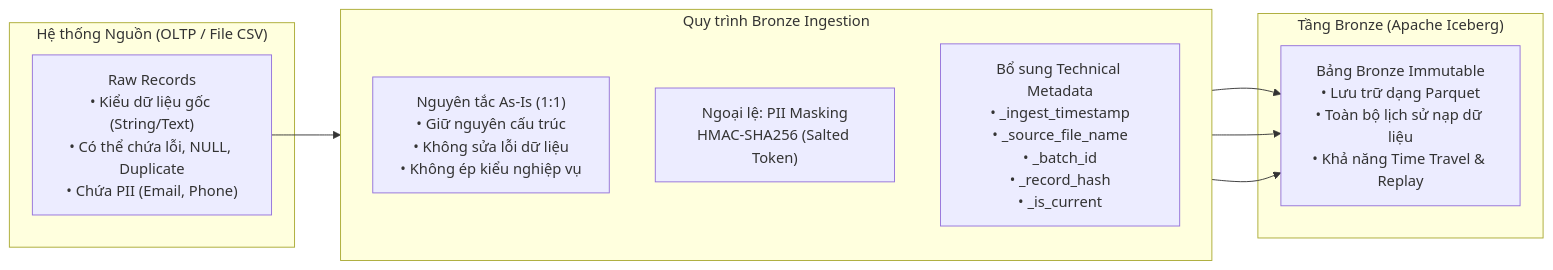
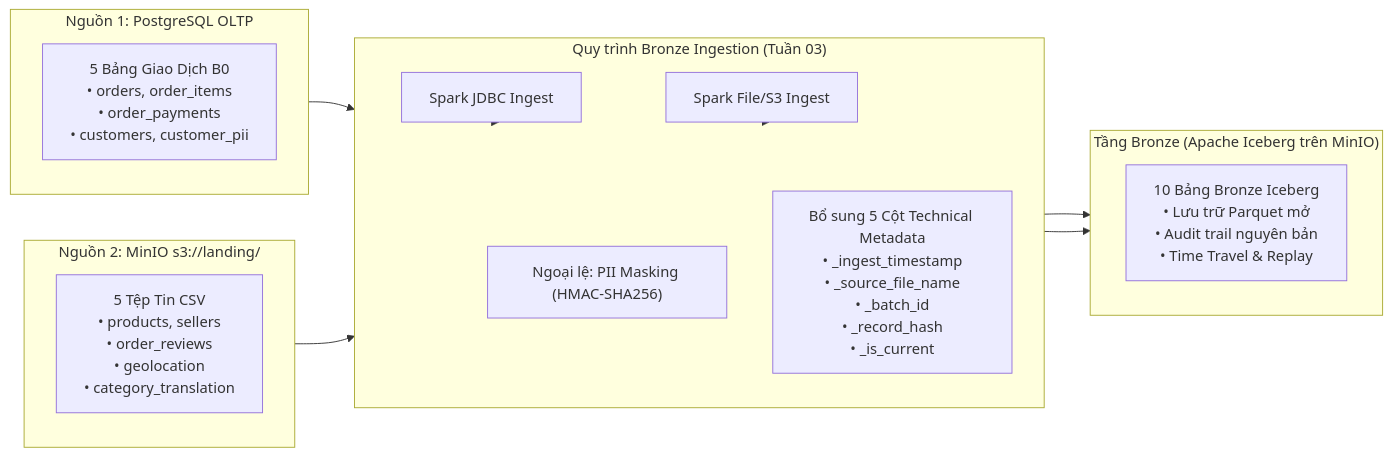
Before and after one commit to vuanhtu1993/olist-lakehouse: the first of 4 diagrams in plan/2026-10-26-week02-bronze-theory-lab-m1.md, drawn with Mermaid. The commit also changed other lines of this file and 4 other files, not shown here.

Commit message:
feat(infra): enforce enterprise multi-source boundary (5 postgres tables + 5 minio landing csvs)

````diff
--- a/plan/2026-10-26-week02-bronze-theory-lab-m1.md
+++ b/plan/2026-10-26-week02-bronze-theory-lab-m1.md
@@ -23,22 +26,29 @@
 ```mermaid
 flowchart LR
-    subgraph SourceSystem ["Hệ thống Nguồn (OLTP / File CSV)"]
-        SRC["Raw Records<br/>• Kiểu dữ liệu gốc (String/Text)<br/>• Có thể chứa lỗi, NULL, Duplicate<br/>• Chứa PII (Email, Phone)"]
+    subgraph Source1 ["Nguồn 1: PostgreSQL OLTP"]
+        direction TB
+        PG["5 Bảng Giao Dịch B0<br/>• orders, order_items<br/>• order_payments<br/>• customers, customer_pii"]
     end
 
-    subgraph BronzeIngest ["Quy trình Bronze Ingestion"]
+    subgraph Source2 ["Nguồn 2: MinIO s3://landing/"]
         direction TB
-        ASIS["Nguyên tắc As-Is (1:1)<br/>• Giữ nguyên cấu trúc<br/>• Không sửa lỗi dữ liệu<br/>• Không ép kiểu nghiệp vụ"]
-        PII["Ngoại lệ: PII Masking<br/>HMAC-SHA256 (Salted Token)"]
-        META["Bổ sung Technical Metadata<br/>• _ingest_timestamp<br/>• _source_file_name<br/>• _batch_id<br/>• _record_hash<br/>• _is_current"]
+        CSV["5 Tệp Tin CSV<br/>• products, sellers<br/>• order_reviews<br/>• geolocation<br/>• category_translation"]
     end
 
-    subgraph BronzeStorage ["Tầng Bronze (Apache Iceberg)"]
-        BRZ["Bảng Bronze Immutable<br/>• Lưu trữ dạng Parquet<br/>• Toàn bộ lịch sử nạp dữ liệu<br/>• Khả năng Time Travel & Replay"]
+    subgraph BronzeIngest ["Quy trình Bronze Ingestion (Tuần 03)"]
+        direction TB
+        R1["Spark JDBC Ingest"]
+        R2["Spark File/S3 Ingest"]
+        PII["Ngoại lệ: PII Masking (HMAC-SHA256)"]
+        META["Bổ sung 5 Cột Technical Metadata<br/>• _ingest_timestamp<br/>• _source_file_name<br/>• _batch_id<br/>• _record_hash<br/>• _is_current"]
     end
 
-    SRC --> BronzeIngest
-    ASIS --> BRZ
-    PII --> BRZ
-    META --> BRZ
+    subgraph BronzeStorage ["Tầng Bronze (Apache Iceberg trên MinIO)"]
+        BRZ["10 Bảng Bronze Iceberg<br/>• Lưu trữ Parquet mở<br/>• Audit trail nguyên bản<br/>• Time Travel & Replay"]
+    end
+
+    Source1 --> R1 --> BronzeIngest
+    Source2 --> R2 --> BronzeIngest
+    PII --> BronzeStorage
+    META --> BronzeStorage
 ```
````
